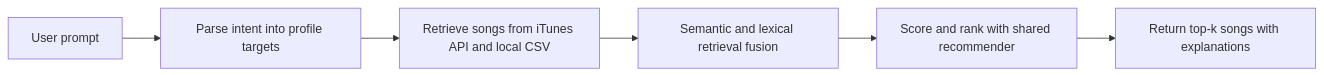
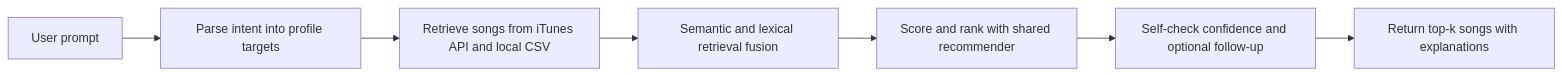
The first of 2 diagrams in README.md (samrakshanadhikari/-applied-ai-system-project), drawn with Mermaid before and after one commit. The commit also changed other lines of this file and 3 other files, not shown here.

First line of the commit message:
Add agentic recommendation self-check and follow-up loop.

````diff
--- a/README.md
+++ b/README.md
@@ -29,8 +30,9 @@
 ```mermaid
 flowchart LR
     A[User prompt] --> B[Parse intent into profile targets]
     B --> C[Retrieve songs from iTunes API and local CSV]
     C --> D[Semantic and lexical retrieval fusion]
     D --> E[Score and rank with shared recommender]
-    E --> F[Return top-k songs with explanations]
+    E --> F[Self-check confidence and optional follow-up]
+    F --> G[Return top-k songs with explanations]
 ```
````
